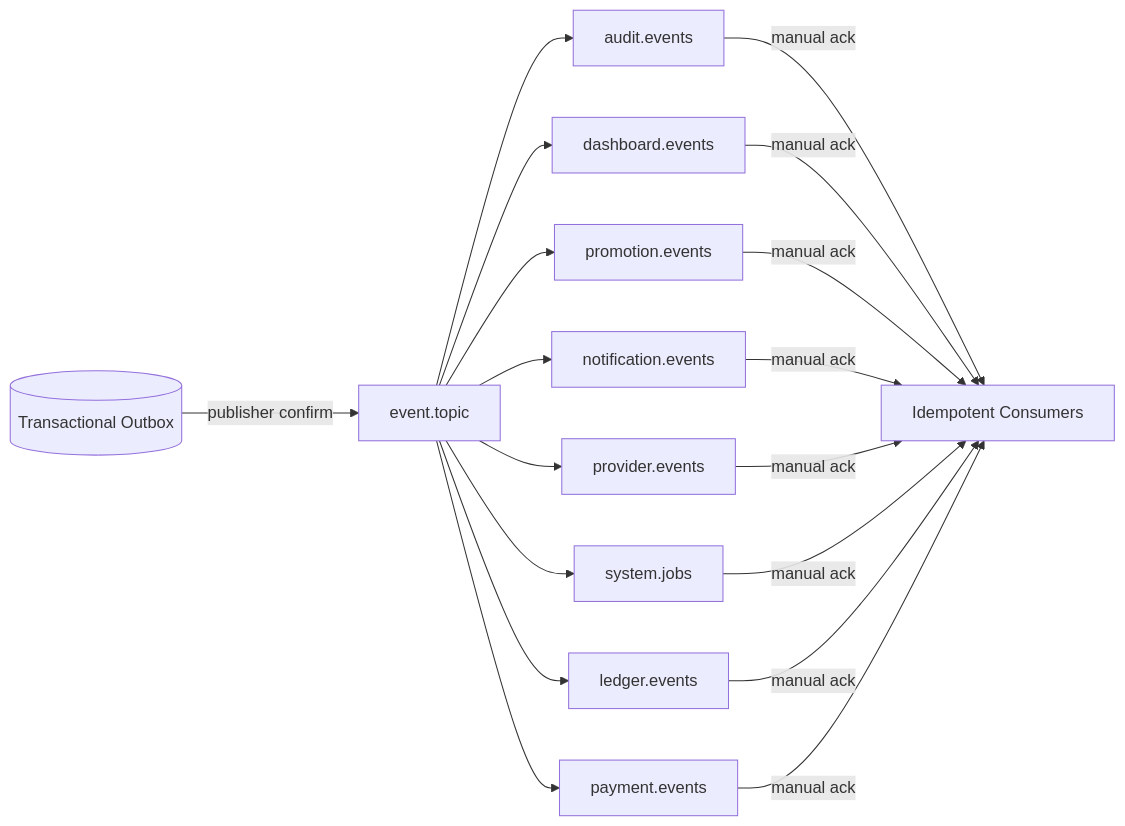
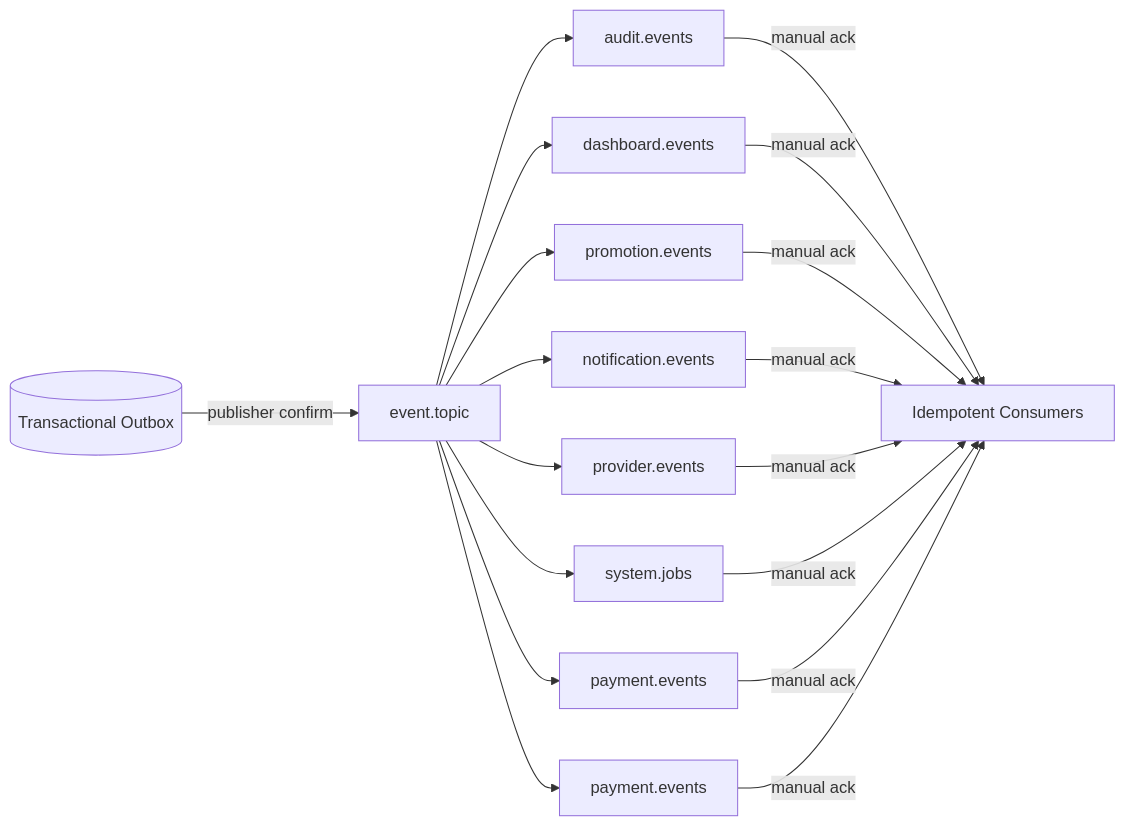
One commit to cyber-danceeeee/casino changed the first of 2 diagrams in server/docs/rabbitmq-operations.md. Above: the diagram before and after it, drawn with Mermaid. The commit also changed other lines of this file and 691 other files, not shown here.

````diff
--- a/server/docs/rabbitmq-operations.md
+++ b/server/docs/rabbitmq-operations.md
@@ -5,13 +5,13 @@
 ```mermaid
 flowchart LR
     DB[(Transactional Outbox)] -->|publisher confirm| T[event.topic]
     T --> A[audit.events]
     T --> D[dashboard.events]
     T --> P[promotion.events]
     T --> N[notification.events]
     T --> V[provider.events]
     T --> J[system.jobs]
-    T --> L[ledger.events]
+    T --> L[payment.events]
     T --> PAY[payment.events]
     A & D & P & N & V & J & L & PAY -->|manual ack| C[Idempotent Consumers]
 ```
````
